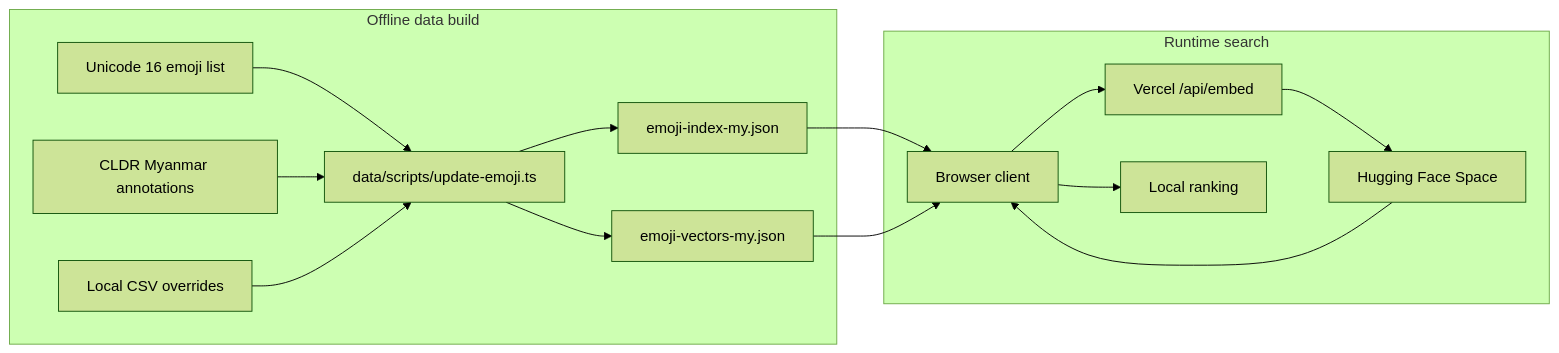
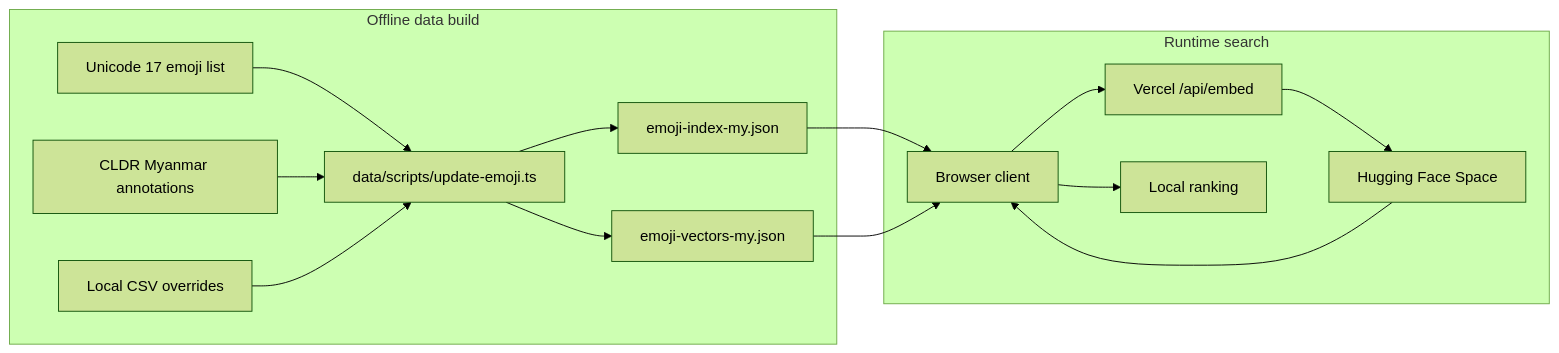
One commit to heinko/my-emoji-search changed the first of 2 diagrams in search_architecture.md. Above: the diagram before and after it, drawn with Mermaid (forest theme). The commit also changed 5 other files, not shown here.

````diff
--- a/search_architecture.md
+++ b/search_architecture.md
@@ -12,30 +12,30 @@
 ```mermaid
 flowchart LR
     subgraph Offline["Offline data build"]
-        U["Unicode 16 emoji list"]
+        U["Unicode 17 emoji list"]
         C["CLDR Myanmar annotations"]
         O["Local CSV overrides"]
         P["data/scripts/update-emoji.ts"]
         I["emoji-index-my.json"]
         V["emoji-vectors-my.json"]
         U --> P
         C --> P
         O --> P
         P --> I
         P --> V
     end
 
     subgraph Runtime["Runtime search"]
         B["Browser client"]
         A["Vercel /api/embed"]
         H["Hugging Face Space"]
         R["Local ranking"]
         B --> A
         A --> H
         H --> B
         B --> R
     end
 
     I --> B
     V --> B
 ```
````
